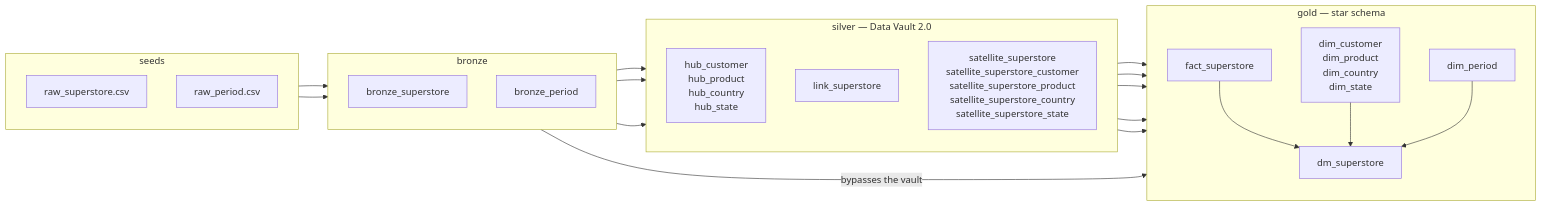
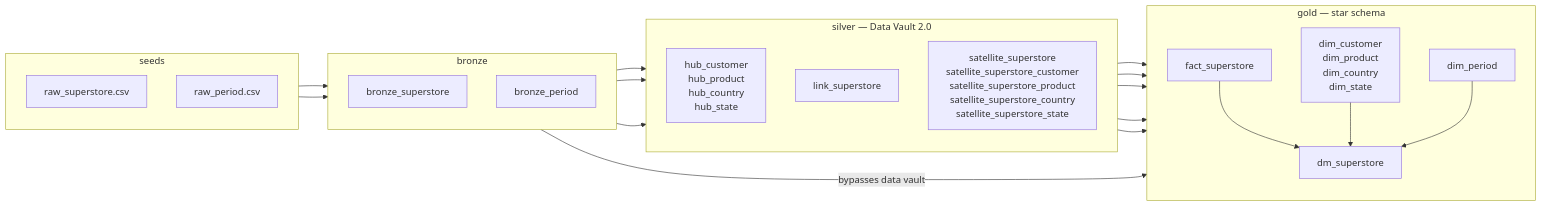
Before and after one commit to juliuschaesar-dev/datavault-dbt: the diagram in README.md, drawn with Mermaid. The commit also changed other lines of this file and 5 other files, not shown here.

````diff
--- a/README.md
+++ b/README.md
@@ -28,39 +28,39 @@
 ```mermaid
 flowchart LR
     subgraph seeds["seeds"]
         direction TB
         rs["raw_superstore.csv"]
         rp["raw_period.csv"]
     end
 
     subgraph bronze["bronze"]
         direction TB
         bs["bronze_superstore"]
         bp["bronze_period"]
     end
 
     subgraph silver["silver — Data Vault 2.0"]
         direction TB
         hubs["hub_customer<br/>hub_product<br/>hub_country<br/>hub_state"]
         lnk["link_superstore"]
         sats["satellite_superstore<br/>satellite_superstore_customer<br/>satellite_superstore_product<br/>satellite_superstore_country<br/>satellite_superstore_state"]
     end
 
     subgraph gold["gold — star schema"]
         direction TB
         dims["dim_customer<br/>dim_product<br/>dim_country<br/>dim_state"]
         dpe["dim_period"]
         fct["fact_superstore"]
         mrt["dm_superstore"]
     end
 
     rs --> bs
     rp --> bp
     bs --> hubs & lnk & sats
     hubs --> dims
     sats --> dims
-    bp -- "bypasses the vault" --> dpe
+    bp -- "bypasses data vault" --> dpe
     hubs & lnk & sats --> fct
     fct --> mrt
     dims & dpe --> mrt
 ```
````
